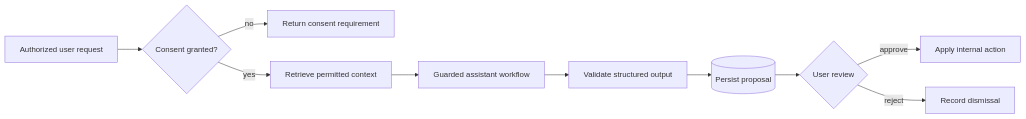
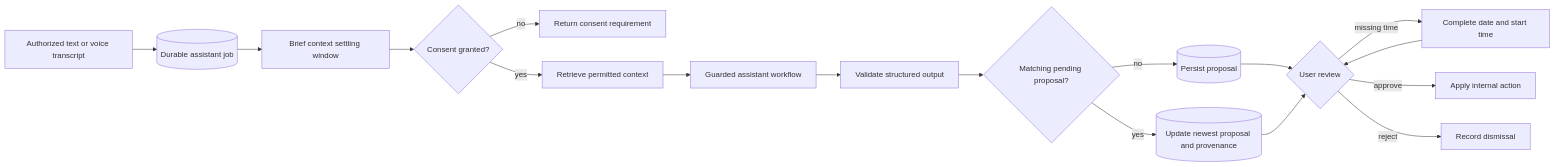
The fourth of 7 diagrams in docs/architecture/diagrams.md (ThuanNN68/linguaflow), drawn with Mermaid before and after one commit. The commit also changed other lines of this file and 74 other files, not shown here.

````diff
--- a/docs/architecture/diagrams.md
+++ b/docs/architecture/diagrams.md
@@ -71,12 +71,19 @@
 ```mermaid
 flowchart LR
-    Request[Authorized user request] --> Consent{Consent granted?}
+    Request[Authorized text or voice transcript] --> Job[(Durable assistant job)]
+    Job --> Settle[Brief context settling window]
+    Settle --> Consent{Consent granted?}
     Consent -- no --> Reject[Return consent requirement]
     Consent -- yes --> Retrieve[Retrieve permitted context]
     Retrieve --> Model[Guarded assistant workflow]
     Model --> Validate[Validate structured output]
-    Validate --> Proposal[(Persist proposal)]
+    Validate --> Merge{Matching pending proposal?}
+    Merge -- yes --> Update[(Update newest proposal and provenance)]
+    Merge -- no --> Proposal[(Persist proposal)]
     Proposal --> Review{User review}
+    Update --> Review
+    Review -- missing time --> Complete[Complete date and start time]
+    Complete --> Review
     Review -- approve --> Apply[Apply internal action]
     Review -- reject --> Dismiss[Record dismissal]
 ```
````
